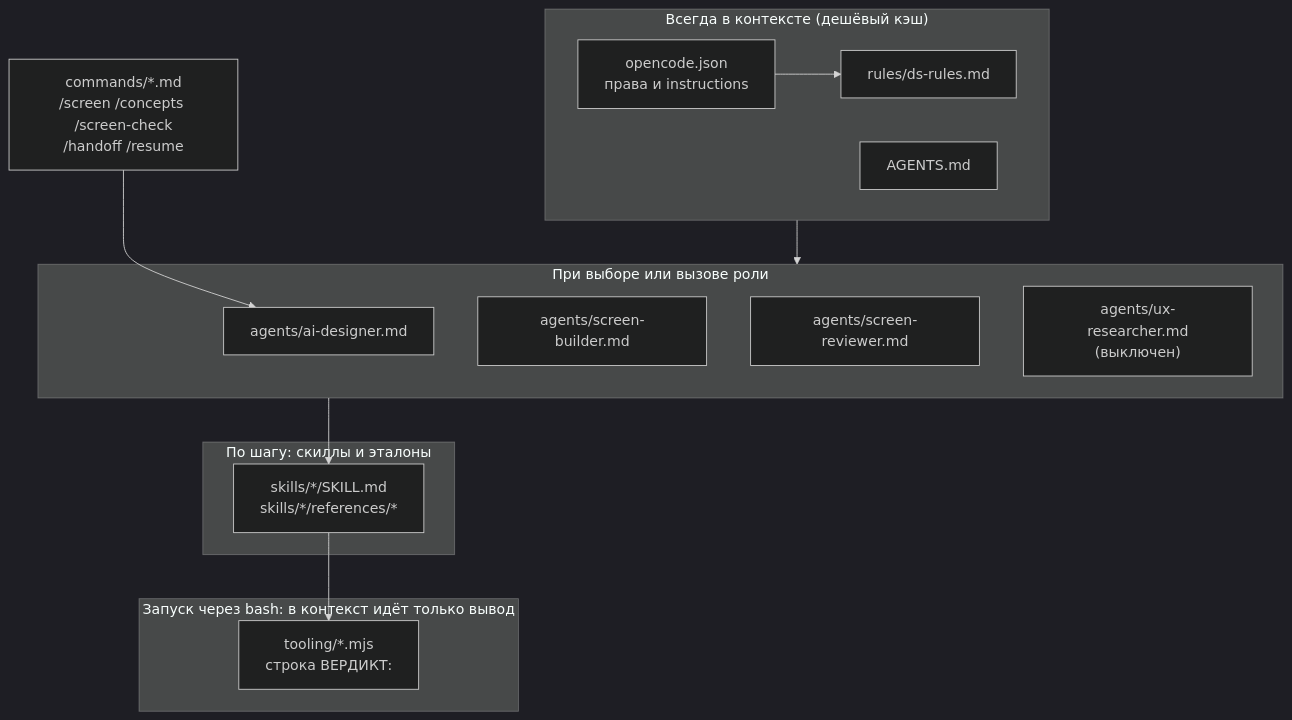
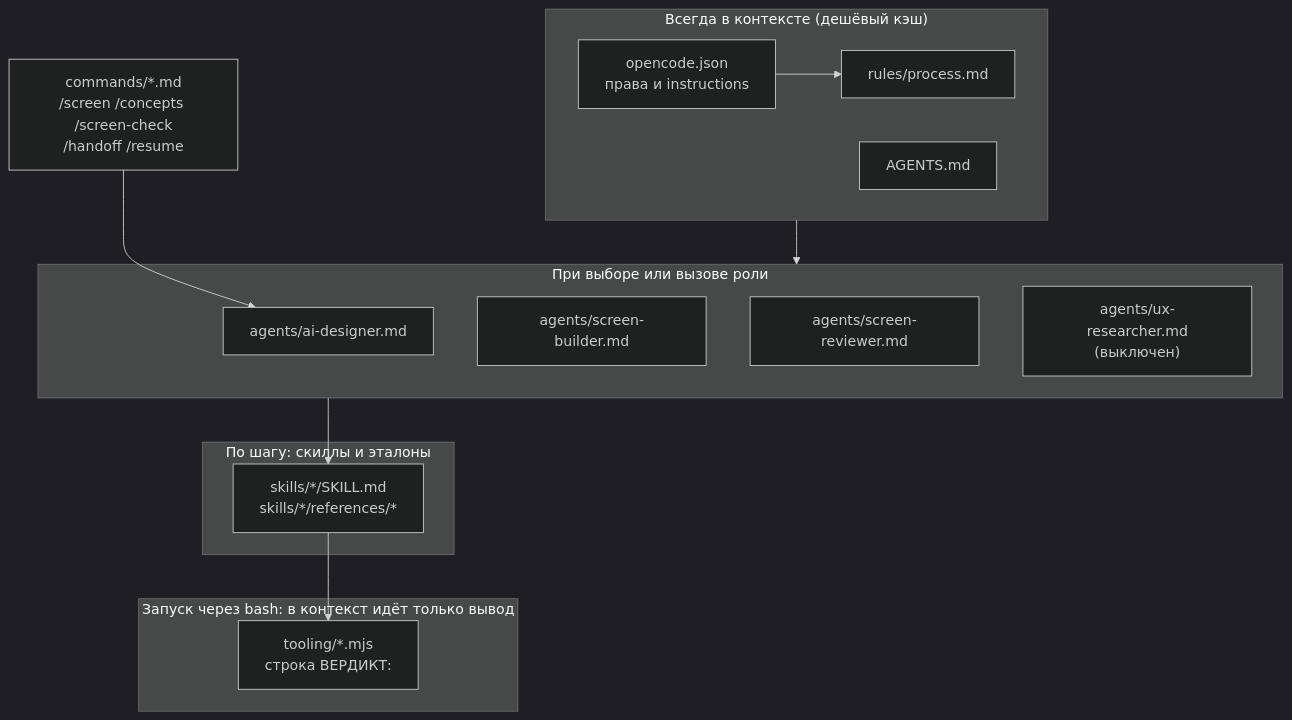
One commit to sarosekml/ibp-design-project changed the first of 4 diagrams in docs/agent-ai-designer-working-process.md. Above: the diagram before and after it, drawn with Mermaid (dark theme). The commit also changed other lines of this file and 164 other files, not shown here.

````diff
--- a/docs/agent-ai-designer-working-process.md
+++ b/docs/agent-ai-designer-working-process.md
@@ -58,27 +60,27 @@
 ```mermaid
 flowchart TB
     subgraph ALWAYS["Всегда в контексте (дешёвый кэш)"]
         CFG["opencode.json<br/>права и instructions"]
         AG["AGENTS.md"]
-        RULES["rules/ds-rules.md"]
+        RULES["rules/process.md"]
     end
     subgraph ROLE["При выборе или вызове роли"]
         A1["agents/ai-designer.md"]
         A2["agents/screen-builder.md"]
         A3["agents/screen-reviewer.md"]
         A4["agents/ux-researcher.md<br/>(выключен)"]
     end
     subgraph ONDEMAND["По шагу: скиллы и эталоны"]
         S["skills/*/SKILL.md<br/>skills/*/references/*"]
     end
     subgraph TOOLS["Запуск через bash: в контекст идёт только вывод"]
         T["tooling/*.mjs<br/>строка ВЕРДИКТ:"]
     end
     CMD["commands/*.md<br/>/screen /concepts /screen-check<br/>/handoff /resume"]
 
     CFG --> RULES
     ALWAYS --> ROLE
     CMD --> A1
     ROLE --> S
     S --> T
 ```
````
